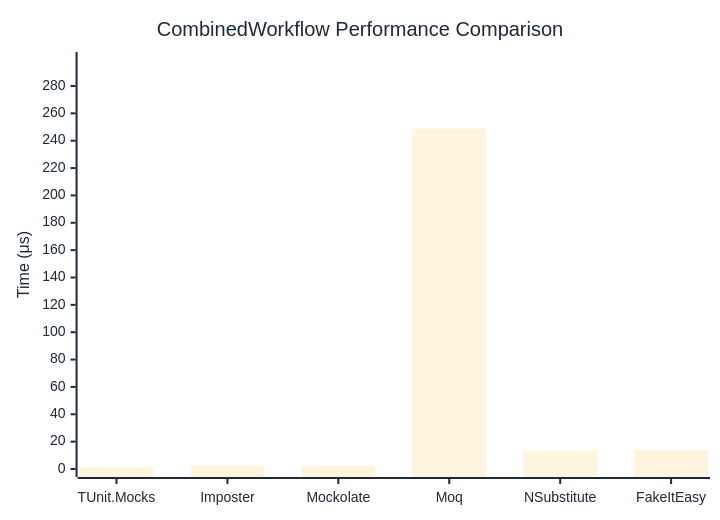
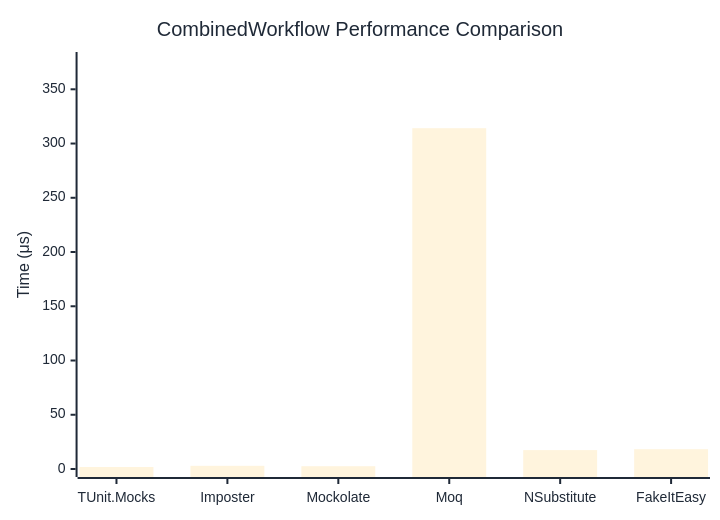
One commit to thomhurst/TUnit changed the diagram in docs/docs/benchmarks/mocks/CombinedWorkflow.md. Above: the diagram before and after it, drawn with Mermaid. The commit also changed other lines of this file and 14 other files, not shown here.

````diff
--- a/docs/docs/benchmarks/mocks/CombinedWorkflow.md
+++ b/docs/docs/benchmarks/mocks/CombinedWorkflow.md
@@ -28,27 +28,27 @@
 ```mermaid
 %%{init: {
   'theme':'base',
   'themeVariables': {
     'primaryColor': '#2563eb',
     'primaryTextColor': '#1f2937',
     'primaryBorderColor': '#1e40af',
     'lineColor': '#6b7280',
     'secondaryColor': '#7c3aed',
     'tertiaryColor': '#dc2626',
     'background': '#ffffff',
     'pie1': '#2563eb',
     'pie2': '#7c3aed',
     'pie3': '#dc2626',
     'pie4': '#f59e0b',
     'pie5': '#10b981',
     'pie6': '#06b6d4',
     'pie7': '#ec4899',
     'pie8': '#6366f1'
   }
 }}%%
 xychart-beta
   title "CombinedWorkflow Performance Comparison"
   x-axis ["TUnit.Mocks", "Imposter", "Mockolate", "Moq", "NSubstitute", "FakeItEasy"]
-  y-axis "Time (μs)" 0 --> 299
-  bar [1.469, 2.447, 2.233, 248.861, 13.306, 13.817]
+  y-axis "Time (μs)" 0 --> 377
+  bar [1.827, 2.919, 2.573, 314.152, 17.428, 18.272]
 ```
````
